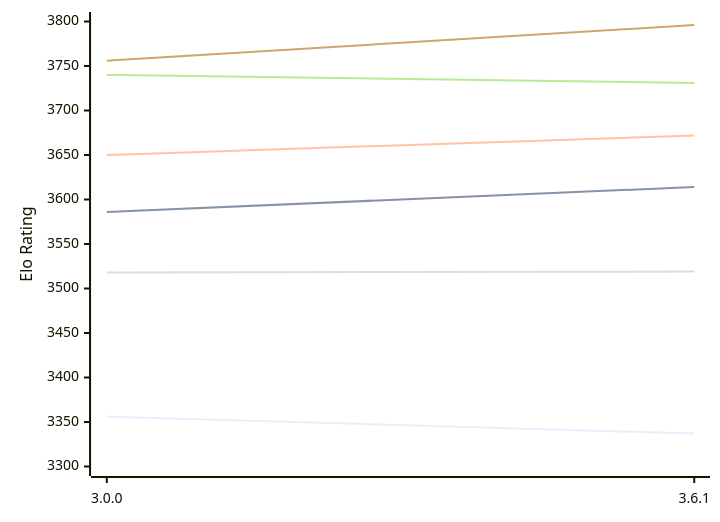
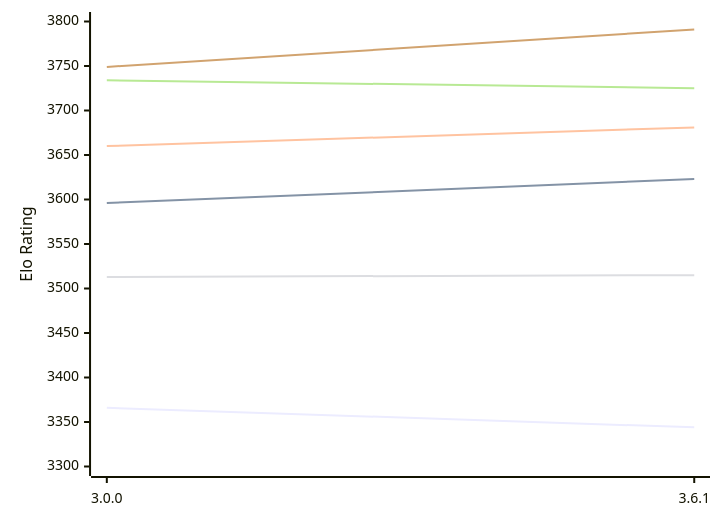
Before and after one commit to computer-chess-index/cci: the diagram in engines/Peras.md, drawn with Mermaid. The commit also changed other lines of this file, not shown here.

Commit message:
Update CCI Ratings (ELO VLTC) - 2026-11-06

````diff
--- a/engines/Peras.md
+++ b/engines/Peras.md
@@ -49,12 +49,12 @@
 ```mermaid
 %%{init: {"theme":"base","themeVariables":{"seriesColors:['#a3a3a3','#222221','#faa371']}}}%%
 xychart-beta
   x-axis ["3.0.0", "3.6.1"]
   y-axis "Elo Rating" 3300 --> 3800
-  line "E1: STC (8.0+0.08s)" [3356, 3337]
-  line "E1: LTC (60.0+0.60s)" [3586, 3614]
-  line "E1: VLTC (2m24s+1.12s)" [3650, 3672]
-  line "P1: STC (8.0+0.08s)" [3518, 3519]
-  line "P1: LTC (60.0+0.60s)" [3740, 3731]
-  line "P1: VLTC (2m24s+1.12s)" [3756, 3796]
+  line "E1: STC (8.0+0.08s)" [3366, 3344]
+  line "E1: LTC (60.0+0.60s)" [3596, 3623]
+  line "E1: VLTC (2m24s+1.12s)" [3660, 3681]
+  line "P1: STC (8.0+0.08s)" [3513, 3515]
+  line "P1: LTC (60.0+0.60s)" [3734, 3725]
+  line "P1: VLTC (2m24s+1.12s)" [3749, 3791]
 ```
````
